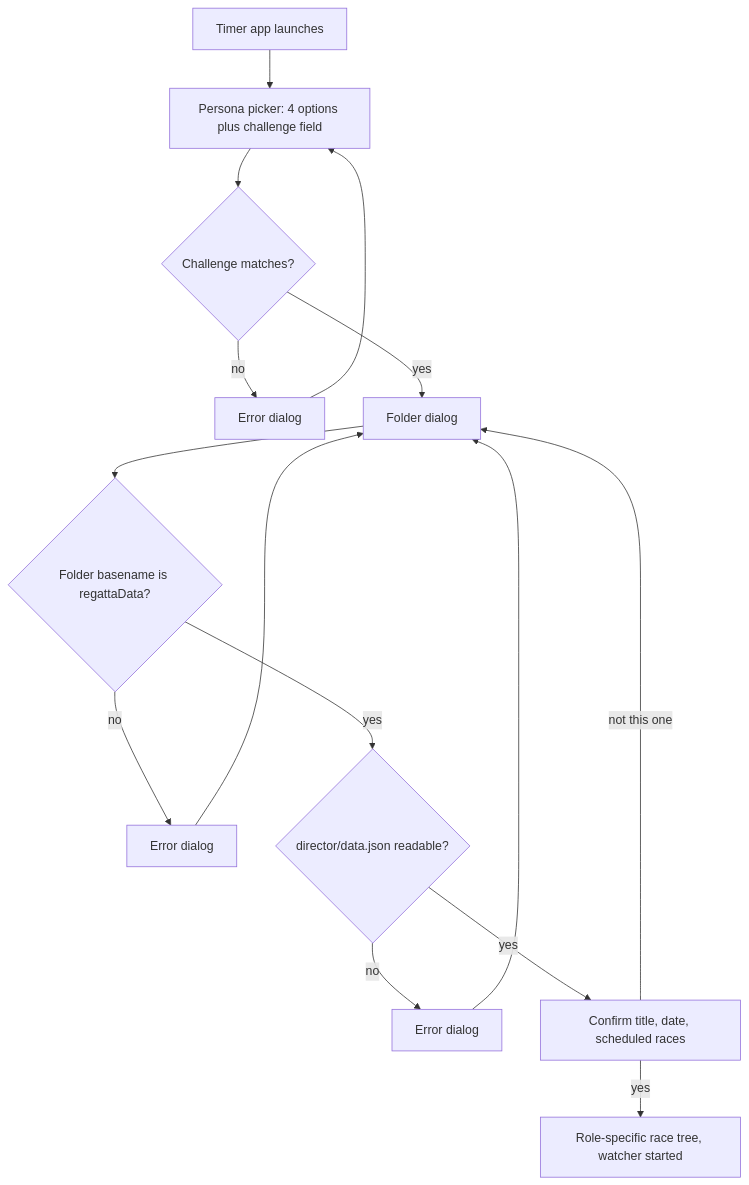
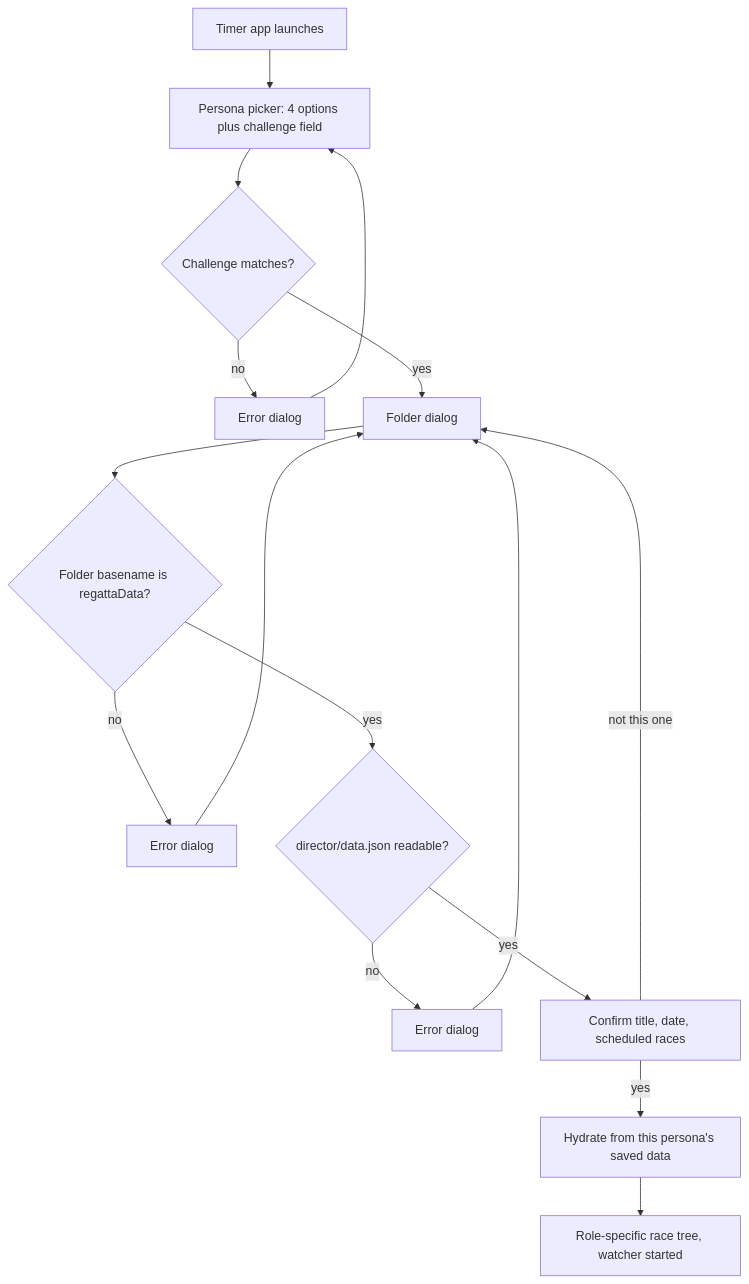
The diagram in persona-plan.md (comagnaw/regattaClock), drawn with Mermaid before and after one commit. The commit also changed other lines of this file, not shown here.

Commit message:
save persona plan

````diff
--- a/persona-plan.md
+++ b/persona-plan.md
@@ -284,14 +321,15 @@
 ```mermaid
 flowchart TD
     launch[Timer app launches] --> picker[Persona picker: 4 options plus challenge field]
     picker --> check{Challenge matches?}
     check -->|no| err[Error dialog] --> picker
     check -->|yes| dir[Folder dialog]
     dir --> valid{Folder basename is regattaData?}
     valid -->|no| dirErr[Error dialog] --> dir
     valid -->|yes| load{director/data.json readable?}
     load -->|no| loadErr[Error dialog] --> dir
     load -->|yes| confirm[Confirm title, date, scheduled races]
     confirm -->|not this one| dir
-    confirm -->|yes| tree[Role-specific race tree, watcher started]
+    confirm -->|yes| hydrate[Hydrate from this persona's saved data]
+    hydrate --> tree[Role-specific race tree, watcher started]
 ```
````
